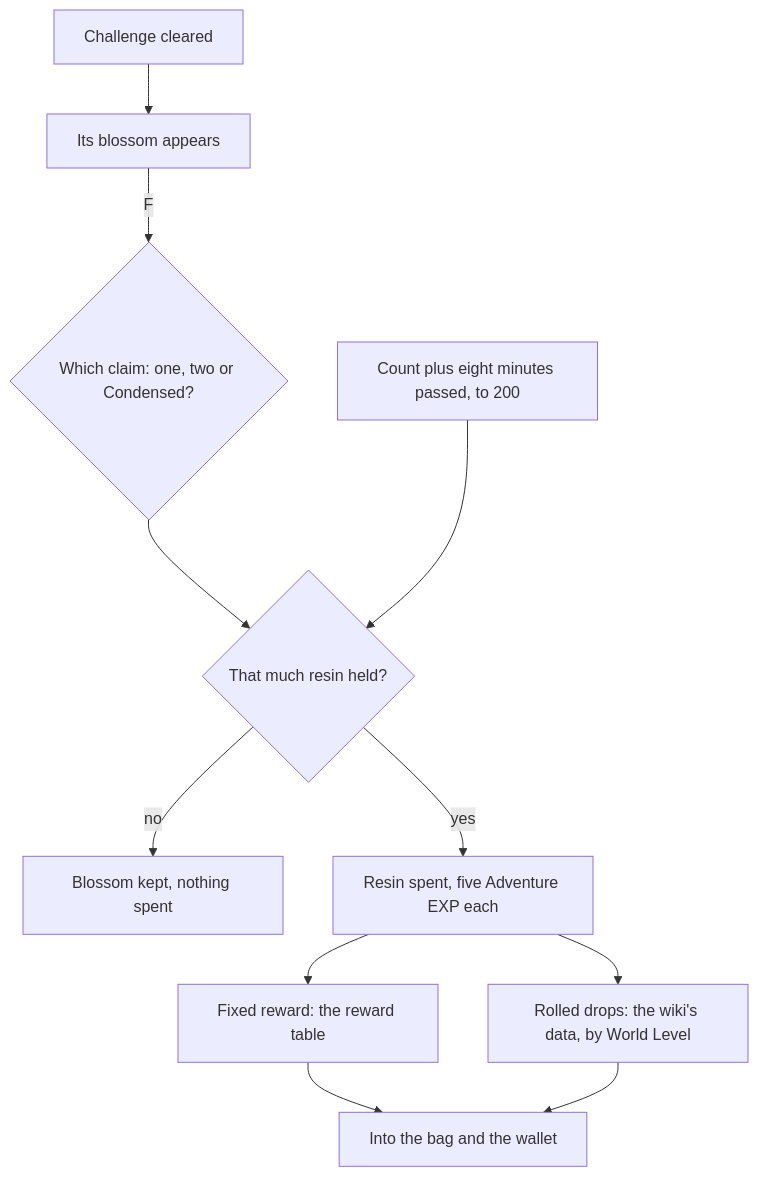
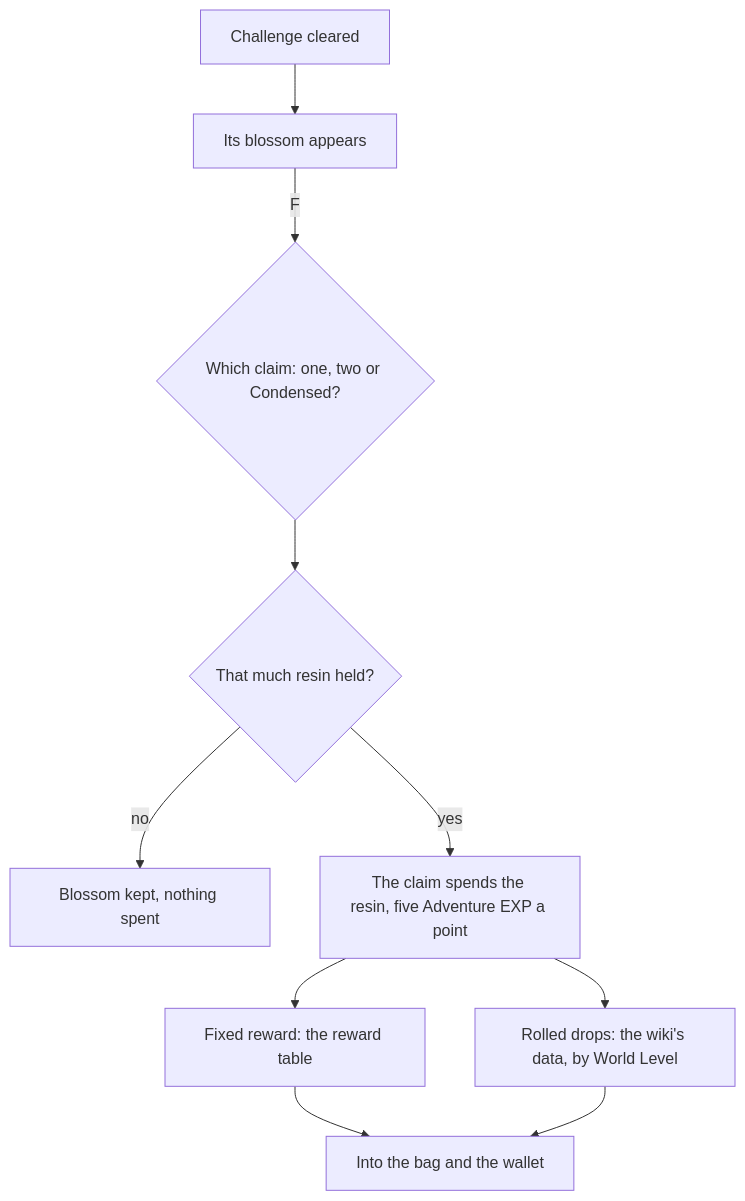
One commit to Esposter/Esposter changed the diagram in apps/web/content/docs/proposals/genshin/original-resin.md. Above: the diagram before and after it, drawn with Mermaid. The commit also changed other lines of this file and 5 other files, not shown here.

First line of the commit message:
docs(genshin): Original Resin is as built — the count and its regeneration, the Primogem refills, a claim's price and Adventure EXP, and the top bar's counter; the proposal keeps the blossoms, their rewards and Condensed Resin

````diff
--- a/apps/web/content/docs/proposals/genshin/original-resin.md
+++ b/apps/web/content/docs/proposals/genshin/original-resin.md
@@ -22,13 +20,12 @@
 ```mermaid
 flowchart TD
   CLEAR["Challenge cleared"] --> BLOSSOM["Its blossom appears"]
   BLOSSOM -->|"F"| OFFER{"Which claim: one, two or Condensed?"}
   OFFER --> AFFORD{"That much resin held?"}
   AFFORD -->|"no"| KEEP["Blossom kept, nothing spent"]
-  AFFORD -->|"yes"| SPEND["Resin spent, five Adventure EXP each"]
+  AFFORD -->|"yes"| SPEND["The claim spends the resin, five Adventure EXP a point"]
   SPEND --> FIXED["Fixed reward: the reward table"]
   SPEND --> ROLL["Rolled drops: the wiki's data, by World Level"]
   FIXED --> BAG["Into the bag and the wallet"]
   ROLL --> BAG
-  REGEN["Count plus eight minutes passed, to 200"] --> AFFORD
 ```
````
